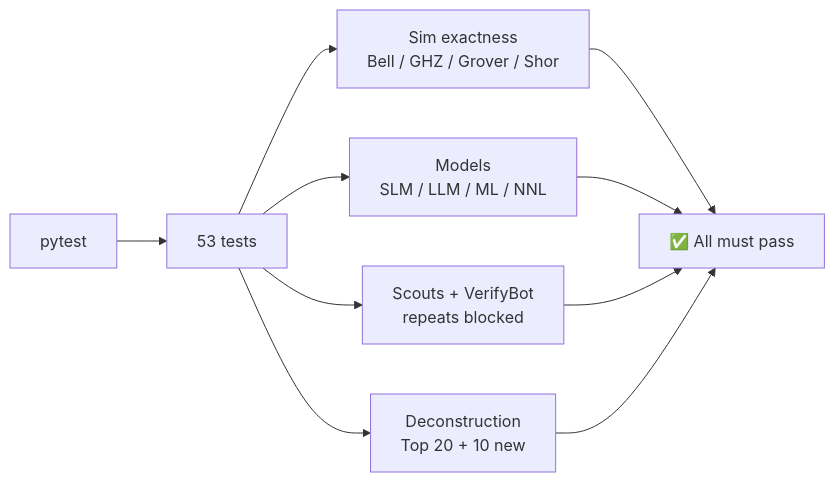
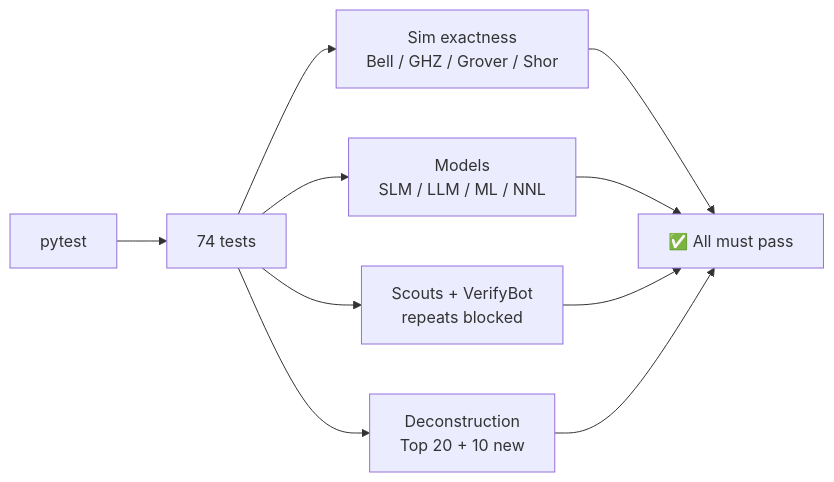
Before and after one commit to kimanicollier44-cmyk/NanoBits-Q: the third of 7 diagrams in README.md, drawn with Mermaid. The commit also changed other lines of this file and 2 other files, not shown here.

````diff
--- a/README.md
+++ b/README.md
@@ -284,12 +304,12 @@
 ```mermaid
 flowchart LR
-    A["pytest"] --> B["53 tests"]
+    A["pytest"] --> B["74 tests"]
     B --> C["Sim exactness<br/>Bell / GHZ / Grover / Shor"]
     B --> D["Models<br/>SLM / LLM / ML / NNL"]
     B --> E["Scouts + VerifyBot<br/>repeats blocked"]
     B --> F["Deconstruction<br/>Top 20 + 10 new"]
     C --> G["✅ All must pass"]
     D --> G
     E --> G
     F --> G
 ```
````
